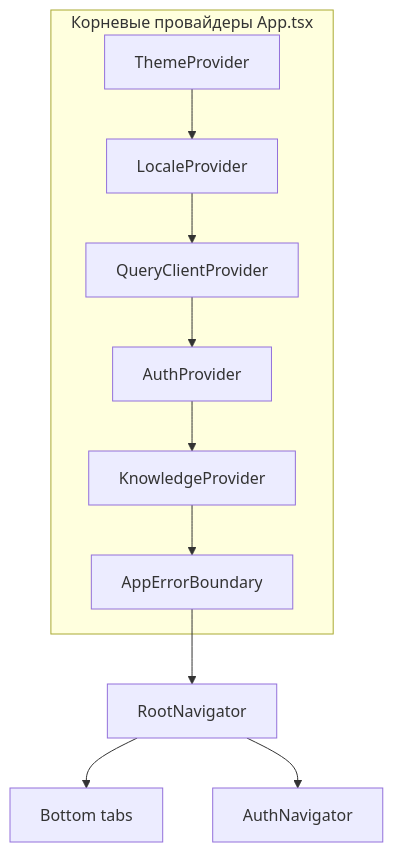
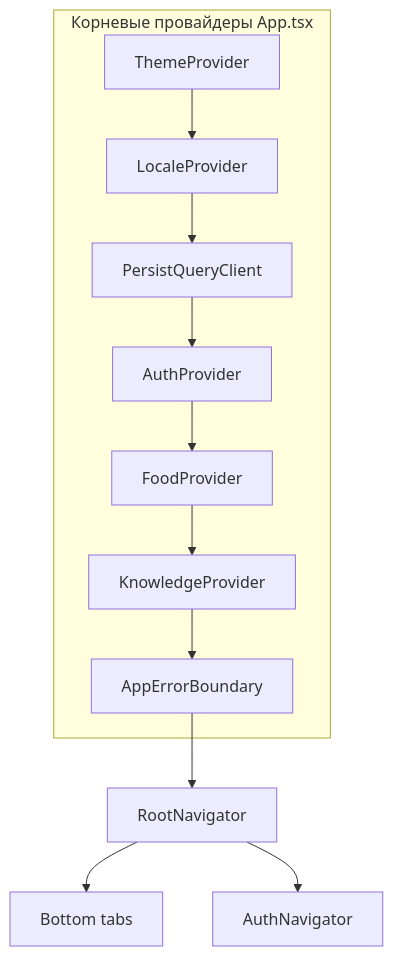
One commit to sankripshorts-sketch/bbplayt changed the diagram in docs/ARCHITECTURE.md. Above: the diagram before and after it, drawn with Mermaid. The commit also changed other lines of this file and 699 other files, not shown here.

````diff
--- a/docs/ARCHITECTURE.md
+++ b/docs/ARCHITECTURE.md
@@ -37,14 +37,15 @@
 ```mermaid
 flowchart TB
   subgraph providers [Корневые провайдеры App.tsx]
     Theme[ThemeProvider]
     Locale[LocaleProvider]
-    RQ[QueryClientProvider]
+    RQ[PersistQueryClient]
     Auth[AuthProvider]
+    Food[FoodProvider]
     Knowledge[KnowledgeProvider]
     Err[AppErrorBoundary]
   end
-  Theme --> Locale --> RQ --> Auth --> Knowledge --> Err --> Nav[RootNavigator]
+  Theme --> Locale --> RQ --> Auth --> Food --> Knowledge --> Err --> Nav[RootNavigator]
   Nav --> Tabs[Bottom tabs]
   Nav --> AuthNav[AuthNavigator]
 ```
````
